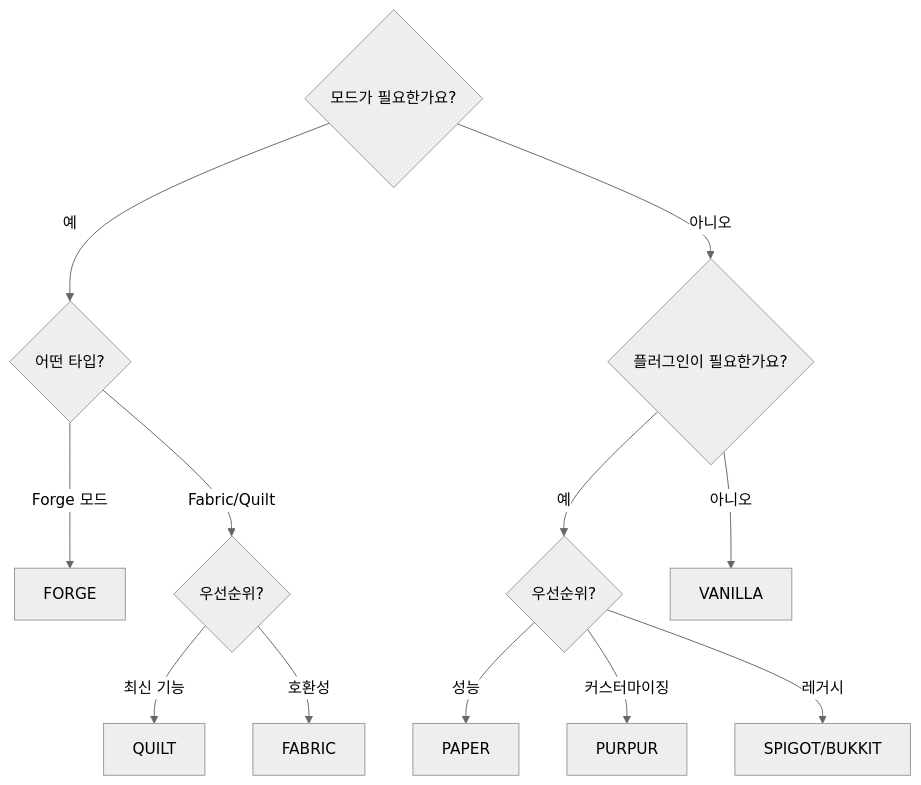
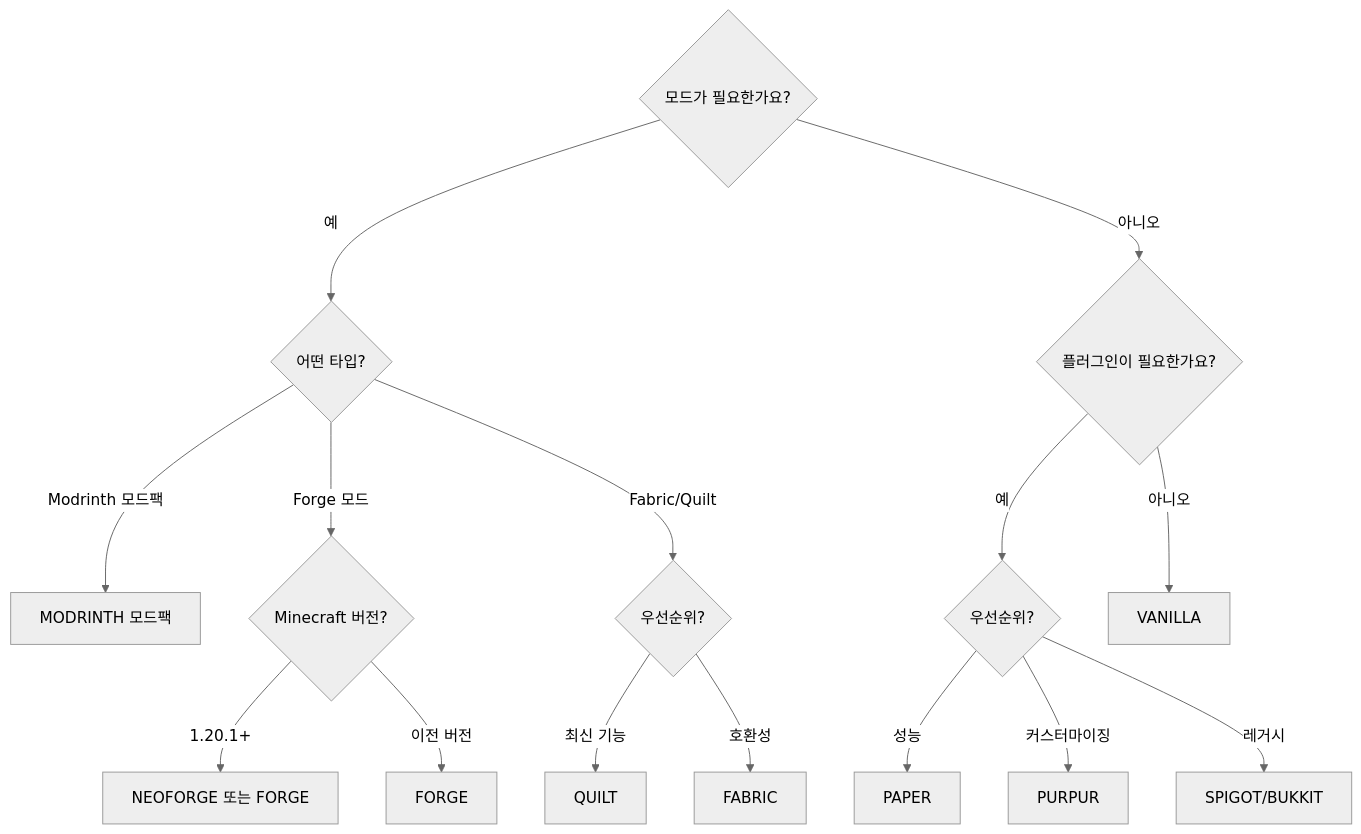
Before and after one commit to smallmiro/minecraft-server-manager: the diagram in docs/configuration/server-types.ko.md, drawn with Mermaid (neutral theme). The commit also changed other lines of this file and 11 other files, not shown here.

First line of the commit message:
docs: sync documentation for v1.14.0 NeoForge and MODRINTH modpack features

````diff
--- a/docs/configuration/server-types.ko.md
+++ b/docs/configuration/server-types.ko.md
@@ -349,17 +447,20 @@
 ```mermaid
 flowchart TD
     A{모드가 필요한가요?} -->|예| B{어떤 타입?}
     A -->|아니오| C{플러그인이 필요한가요?}
 
-    B -->|Forge 모드| D[FORGE]
+    B -->|Modrinth 모드팩| M[MODRINTH 모드팩]
+    B -->|Forge 모드| D{Minecraft 버전?}
+    D -->|1.20.1+| N[NEOFORGE 또는 FORGE]
+    D -->|이전 버전| O[FORGE]
     B -->|Fabric/Quilt| E{우선순위?}
     E -->|최신 기능| F[QUILT]
     E -->|호환성| G[FABRIC]
 
     C -->|예| H{우선순위?}
     C -->|아니오| I[VANILLA]
 
     H -->|성능| J[PAPER]
     H -->|커스터마이징| K[PURPUR]
     H -->|레거시| L[SPIGOT/BUKKIT]
 ```
````
